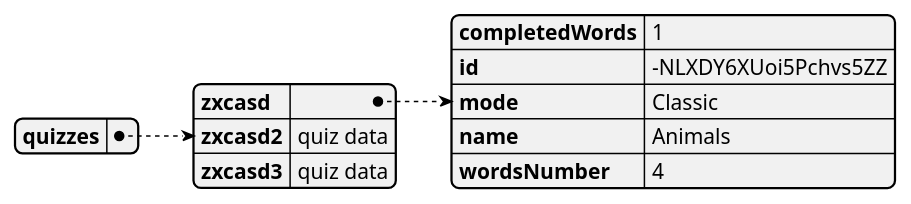
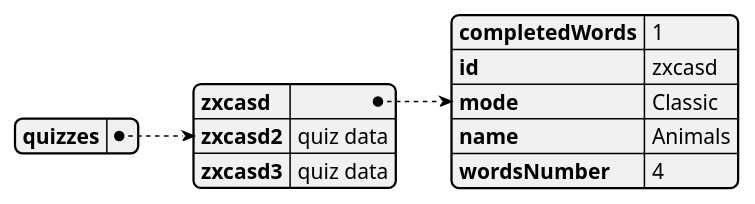
The diagram in diagrams/data structure/quizzes.puml (Reggar66/Simple-words), drawn with PlantUML before and after one commit.

Commit message:
some diagrams

```diff
--- a/diagrams/data structure/quizzes.puml
+++ b/diagrams/data structure/quizzes.puml
@@ -1,15 +1,15 @@
 @startjson
 {
 "quizzes": {
       "zxcasd": {
         "completedWords": 1,
-        "id": "-NLXDY6XUoi5Pchvs5ZZ",
+        "id": "zxcasd",
         "mode": "Classic",
         "name": "Animals",
         "wordsNumber": 4
       },
       "zxcasd2":"quiz data",
       "zxcasd3":"quiz data"
     }
 }
 @endjson
```
